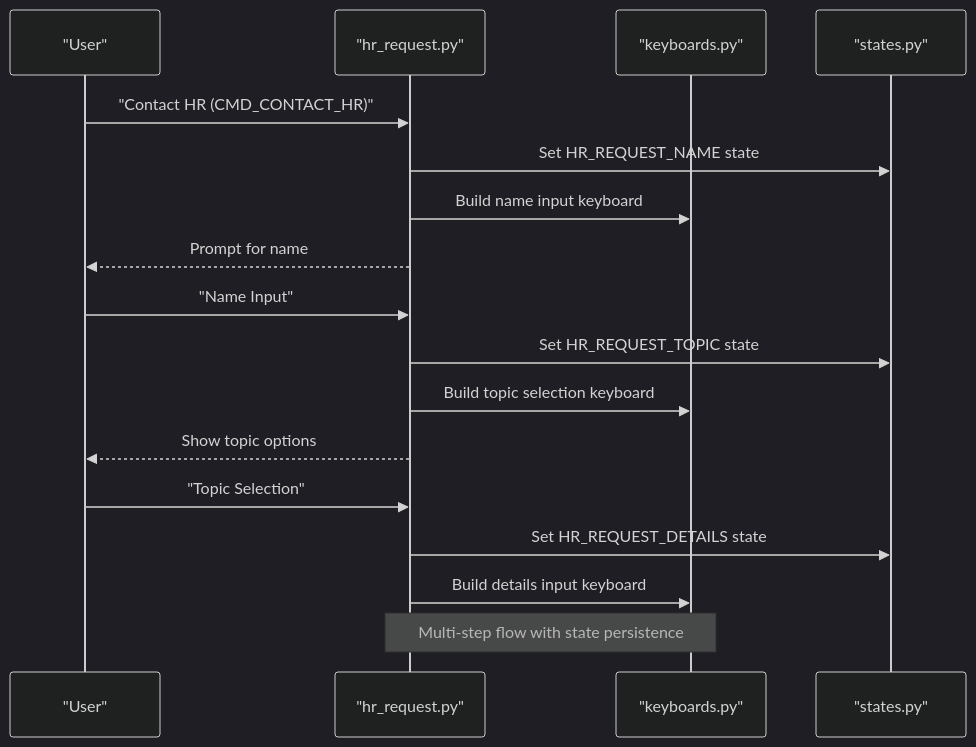
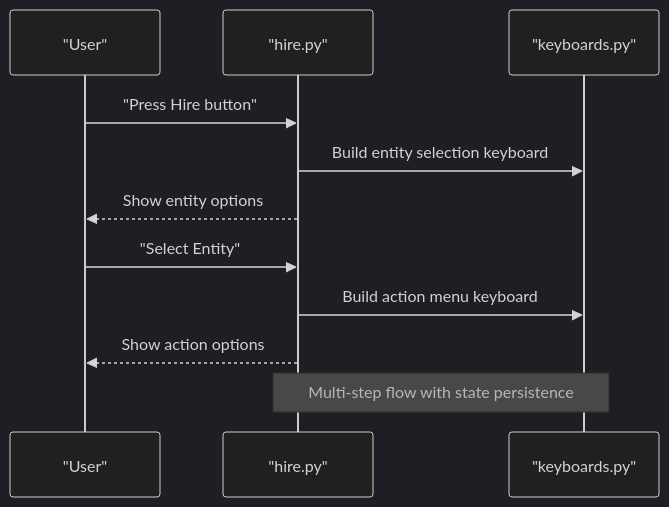
One commit to ognelis/cafetera_hr_bot changed the eighth of 11 diagrams in .qoder/repowiki/en/content/Keyboard System.md. Above: the diagram before and after it, drawn with Mermaid (dark theme). The commit also changed other lines of this file and 16 other files, not shown here.

````diff
--- a/.qoder/repowiki/en/content/Keyboard System.md
+++ b/.qoder/repowiki/en/content/Keyboard System.md
@@ -455,19 +394,13 @@
 ```mermaid
 sequenceDiagram
 participant User as "User"
-participant HR as "hr_request.py"
+participant HR as "hire.py"
 participant KB as "keyboards.py"
-participant States as "states.py"
-User->>HR : "Contact HR (CMD_CONTACT_HR)"
-HR->>States : Set HR_REQUEST_NAME state
-HR->>KB : Build name input keyboard
-HR-->>User : Prompt for name
-User->>HR : "Name Input"
-HR->>States : Set HR_REQUEST_TOPIC state
-HR->>KB : Build topic selection keyboard
-HR-->>User : Show topic options
-User->>HR : "Topic Selection"
-HR->>States : Set HR_REQUEST_DETAILS state
-HR->>KB : Build details input keyboard
+User->>HR : "Press Hire button"
+HR->>KB : Build entity selection keyboard
+HR-->>User : Show entity options
+User->>HR : "Select Entity"
+HR->>KB : Build action menu keyboard
+HR-->>User : Show action options
 Note over HR,KB : Multi-step flow with state persistence
 ```
````
